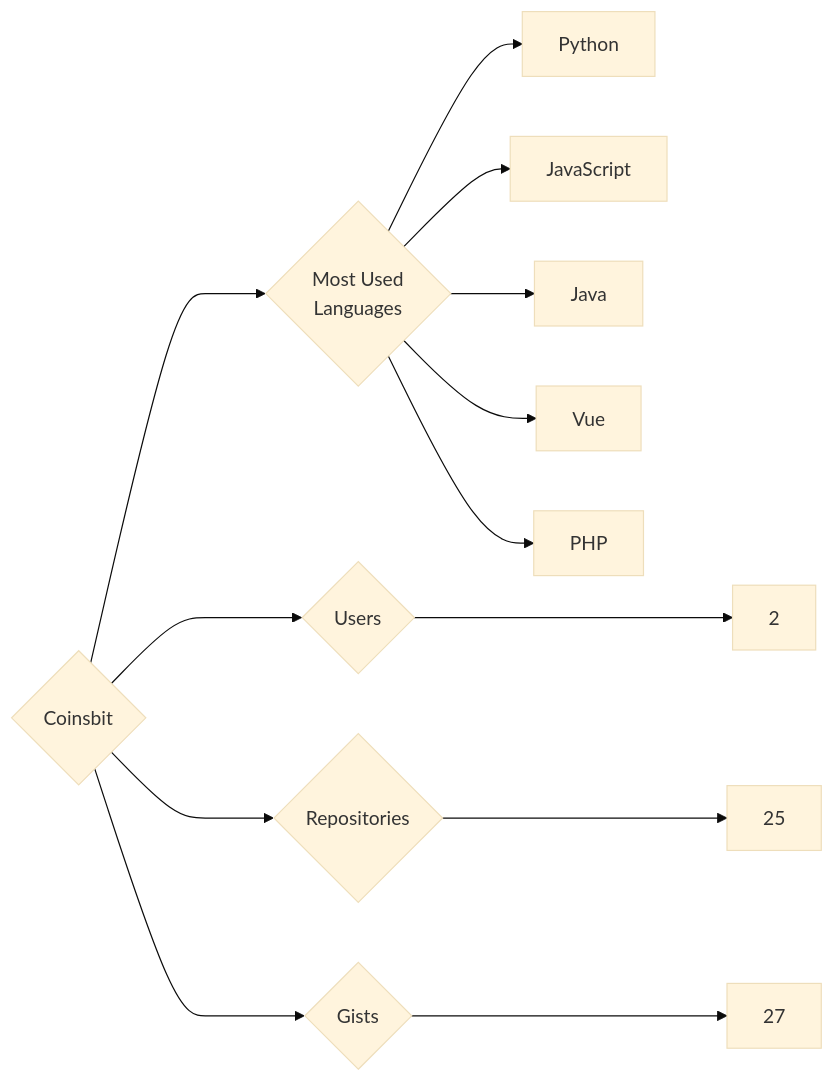
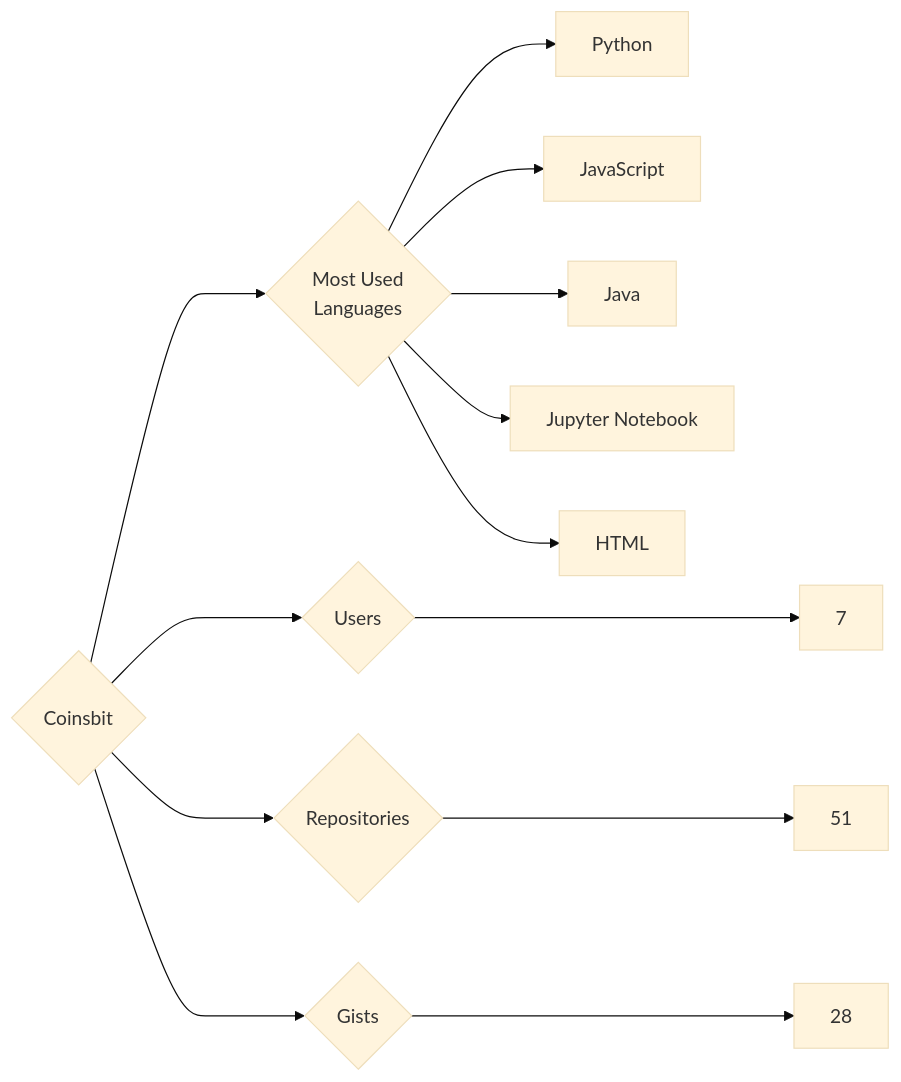
Before and after one commit to trickest/insiders: the diagram in targets/Coinsbit/README.md, drawn with Mermaid (base theme). The commit also changed 859 other files, not shown here.

````diff
--- a/targets/Coinsbit/README.md
+++ b/targets/Coinsbit/README.md
@@ -3,13 +3,13 @@
 ```mermaid
 graph LR
 COMPANY_NAME{Coinsbit}
-COMPANY_NAME ---> U{Users} ---> UN[2]
-COMPANY_NAME ---> R{Repositories} ---> RN[25]
-COMPANY_NAME ---> G{Gists} ---> GN[27]
+COMPANY_NAME ---> U{Users} ---> UN[7]
+COMPANY_NAME ---> R{Repositories} ---> RN[51]
+COMPANY_NAME ---> G{Gists} ---> GN[28]
 COMPANY_NAME ---> ML{Most Used<br>Languages}
 ML --> Python[Python]
 ML --> JavaScript[JavaScript]
 ML --> Java[Java]
-ML --> Vue[Vue]
-ML --> PHP[PHP]
+ML --> Jupyter_Notebook[Jupyter Notebook]
+ML --> HTML[HTML]
 ```
````
